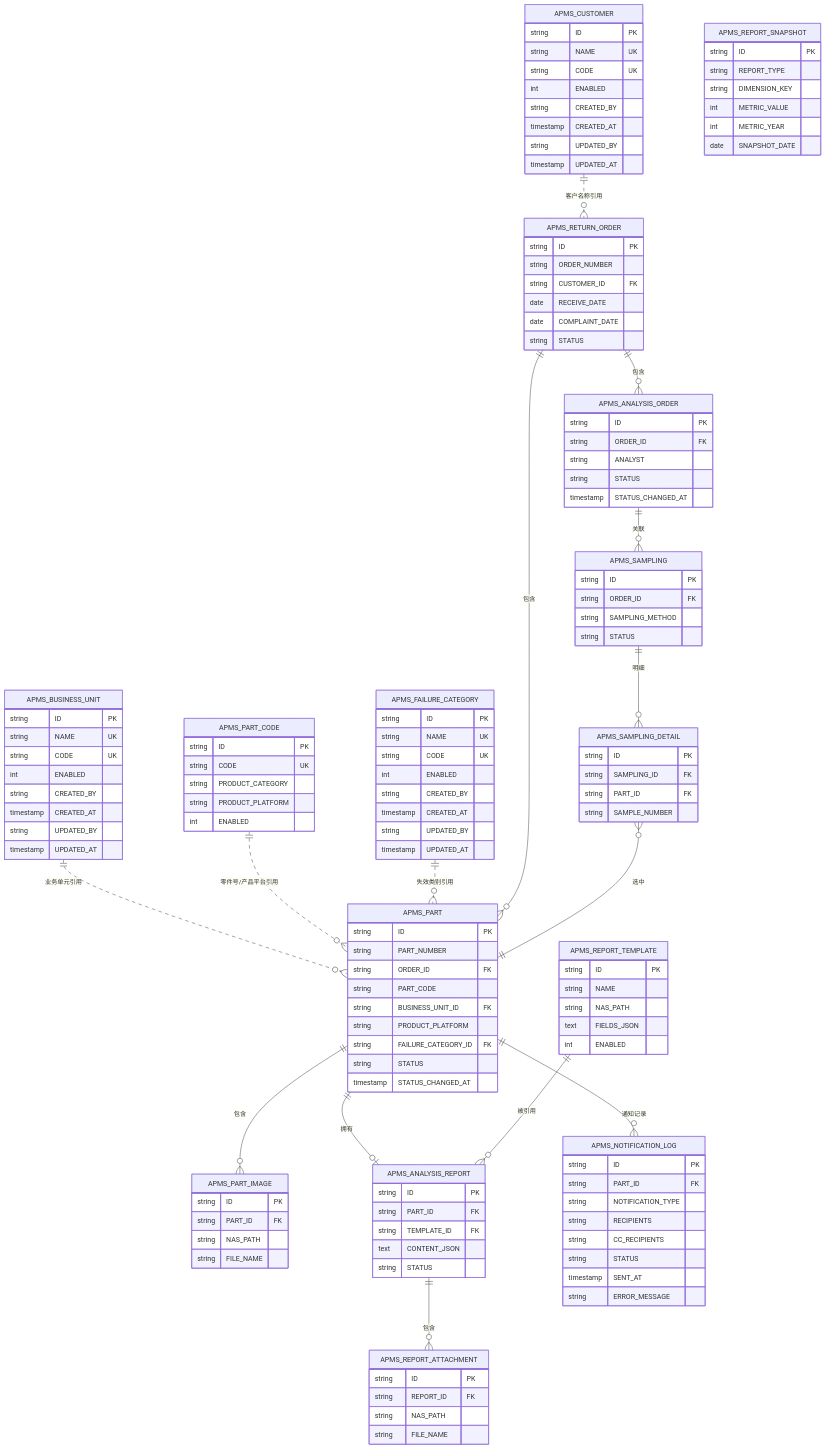
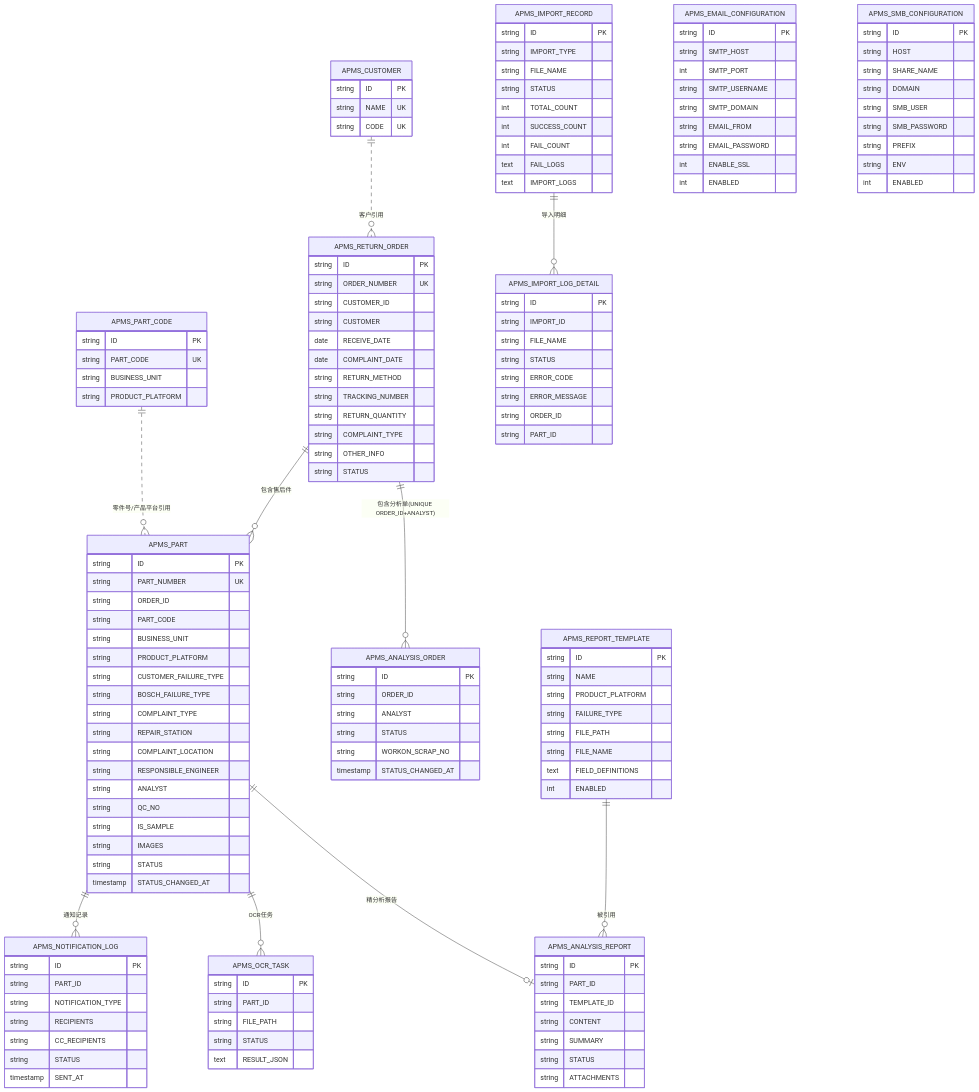
One commit to xvfeiran/wfam-doc changed diagram 16 of 16 in 01-设计文档/开发设计文档.md. Above: the diagram before and after it, drawn with Mermaid. The commit also changed other lines of this file and 1 other file, not shown here.

````diff
--- a/01-设计文档/开发设计文档.md
+++ b/01-设计文档/开发设计文档.md
@@ -1318,133 +1327,140 @@
         string ID PK
         string NAME UK
         string CODE UK
-        int ENABLED
-        string CREATED_BY
-        timestamp CREATED_AT
-        string UPDATED_BY
-        timestamp UPDATED_AT
-    }
-    APMS_BUSINESS_UNIT {
-        string ID PK
-        string NAME UK
-        string CODE UK
-        int ENABLED
-        string CREATED_BY
-        timestamp CREATED_AT
-        string UPDATED_BY
-        timestamp UPDATED_AT
     }
     APMS_PART_CODE {
         string ID PK
-        string CODE UK
-        string PRODUCT_CATEGORY
+        string PART_CODE UK
+        string BUSINESS_UNIT
         string PRODUCT_PLATFORM
-        int ENABLED
-    }
-    APMS_FAILURE_CATEGORY {
-        string ID PK
-        string NAME UK
-        string CODE UK
-        int ENABLED
-        string CREATED_BY
-        timestamp CREATED_AT
-        string UPDATED_BY
-        timestamp UPDATED_AT
     }
     APMS_RETURN_ORDER {
         string ID PK
-        string ORDER_NUMBER
-        string CUSTOMER_ID FK
+        string ORDER_NUMBER UK
+        string CUSTOMER_ID
+        string CUSTOMER
         date RECEIVE_DATE
         date COMPLAINT_DATE
+        string RETURN_METHOD
+        string TRACKING_NUMBER
+        string RETURN_QUANTITY
+        string COMPLAINT_TYPE
+        string OTHER_INFO
         string STATUS
     }
     APMS_PART {
         string ID PK
-        string PART_NUMBER
-        string ORDER_ID FK
+        string PART_NUMBER UK
+        string ORDER_ID
         string PART_CODE
-        string BUSINESS_UNIT_ID FK
+        string BUSINESS_UNIT
         string PRODUCT_PLATFORM
-        string FAILURE_CATEGORY_ID FK
+        string CUSTOMER_FAILURE_TYPE
+        string BOSCH_FAILURE_TYPE
+        string COMPLAINT_TYPE
+        string REPAIR_STATION
+        string COMPLAINT_LOCATION
+        string RESPONSIBLE_ENGINEER
+        string ANALYST
+        string QC_NO
+        string IS_SAMPLE
+        string IMAGES
         string STATUS
         timestamp STATUS_CHANGED_AT
     }
-    APMS_PART_IMAGE {
+    APMS_ANALYSIS_ORDER {
         string ID PK
-        string PART_ID FK
-        string NAS_PATH
-        string FILE_NAME
+        string ORDER_ID
+        string ANALYST
+        string STATUS
+        string WORKON_SCRAP_NO
+        timestamp STATUS_CHANGED_AT
     }
-    APMS_SAMPLING {
+    APMS_ANALYSIS_REPORT {
         string ID PK
-        string ORDER_ID FK
-        string SAMPLING_METHOD
+        string PART_ID
+        string TEMPLATE_ID
+        string CONTENT
+        string SUMMARY
         string STATUS
-    }
-    APMS_SAMPLING_DETAIL {
-        string ID PK
-        string SAMPLING_ID FK
-        string PART_ID FK
-        string SAMPLE_NUMBER
+        string ATTACHMENTS
     }
     APMS_REPORT_TEMPLATE {
         string ID PK
         string NAME
-        string NAS_PATH
-        text FIELDS_JSON
+        string PRODUCT_PLATFORM
+        string FAILURE_TYPE
+        string FILE_PATH
+        string FILE_NAME
+        text FIELD_DEFINITIONS
         int ENABLED
     }
-    APMS_ANALYSIS_REPORT {
+    APMS_OCR_TASK {
         string ID PK
-        string PART_ID FK
-        string TEMPLATE_ID FK
-        text CONTENT_JSON
+        string PART_ID
+        string FILE_PATH
         string STATUS
+        text RESULT_JSON
     }
-    APMS_REPORT_ATTACHMENT {
+    APMS_IMPORT_RECORD {
         string ID PK
-        string REPORT_ID FK
-        string NAS_PATH
+        string IMPORT_TYPE
         string FILE_NAME
+        string STATUS
+        int TOTAL_COUNT
+        int SUCCESS_COUNT
+        int FAIL_COUNT
+        text FAIL_LOGS
+        text IMPORT_LOGS
     }
-    APMS_ANALYSIS_ORDER {
+    APMS_IMPORT_LOG_DETAIL {
         string ID PK
-        string ORDER_ID FK
-        string ANALYST
+        string IMPORT_ID
+        string FILE_NAME
         string STATUS
-        timestamp STATUS_CHANGED_AT
-    }
-    APMS_REPORT_SNAPSHOT {
-        string ID PK
-        string REPORT_TYPE
-        string DIMENSION_KEY
-        int METRIC_VALUE
-        int METRIC_YEAR
-        date SNAPSHOT_DATE
+        string ERROR_CODE
+        string ERROR_MESSAGE
+        string ORDER_ID
+        string PART_ID
     }
     APMS_NOTIFICATION_LOG {
         string ID PK
-        string PART_ID FK
+        string PART_ID
         string NOTIFICATION_TYPE
         string RECIPIENTS
         string CC_RECIPIENTS
         string STATUS
         timestamp SENT_AT
-        string ERROR_MESSAGE
     }
-    APMS_CUSTOMER ||..o{ APMS_RETURN_ORDER : "客户名称引用"
-    APMS_BUSINESS_UNIT ||..o{ APMS_PART : "业务单元引用"
+    APMS_EMAIL_CONFIGURATION {
+        string ID PK
+        string SMTP_HOST
+        int SMTP_PORT
+        string SMTP_USERNAME
+        string SMTP_DOMAIN
+        string EMAIL_FROM
+        string EMAIL_PASSWORD
+        int ENABLE_SSL
+        int ENABLED
+    }
+    APMS_SMB_CONFIGURATION {
+        string ID PK
+        string HOST
+        string SHARE_NAME
+        string DOMAIN
+        string SMB_USER
+        string SMB_PASSWORD
+        string PREFIX
+        string ENV
+        int ENABLED
+    }
+    APMS_CUSTOMER ||..o{ APMS_RETURN_ORDER : "客户引用"
     APMS_PART_CODE ||..o{ APMS_PART : "零件号/产品平台引用"
-    APMS_FAILURE_CATEGORY ||..o{ APMS_PART : "失效类别引用"
-    APMS_RETURN_ORDER ||--o{ APMS_PART : "包含"
-    APMS_RETURN_ORDER ||--o{ APMS_ANALYSIS_ORDER : "包含"
-    APMS_ANALYSIS_ORDER ||--o{ APMS_SAMPLING : "关联"
-    APMS_PART ||--o{ APMS_PART_IMAGE : "包含"
-    APMS_PART ||--o| APMS_ANALYSIS_REPORT : "拥有"
-    APMS_SAMPLING ||--o{ APMS_SAMPLING_DETAIL : "明细"
-    APMS_SAMPLING_DETAIL }o--|| APMS_PART : "选中"
+    APMS_RETURN_ORDER ||--o{ APMS_PART : "包含售后件"
+    APMS_RETURN_ORDER ||--o{ APMS_ANALYSIS_ORDER : "包含分析单(UNIQUE ORDER_ID+ANALYST)"
+    APMS_PART ||--o| APMS_ANALYSIS_REPORT : "精分析报告"
+    APMS_PART ||--o{ APMS_OCR_TASK : "OCR任务"
+    APMS_PART ||--o{ APMS_NOTIFICATION_LOG : "通知记录"
     APMS_REPORT_TEMPLATE ||--o{ APMS_ANALYSIS_REPORT : "被引用"
-    APMS_ANALYSIS_REPORT ||--o{ APMS_REPORT_ATTACHMENT : "包含"
-    APMS_PART ||--o{ APMS_NOTIFICATION_LOG : "通知记录"
+    APMS_IMPORT_RECORD ||--o{ APMS_IMPORT_LOG_DETAIL : "导入明细"
 ```
````
